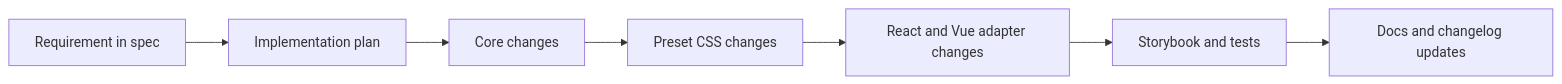
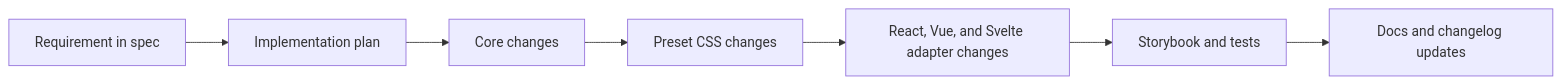
One commit to niklas-westman/marwes changed the diagram in docs/reference/spec.md. Above: the diagram before and after it, drawn with Mermaid. The commit also changed other lines of this file and 1243 other files, not shown here.

````diff
--- a/docs/reference/spec.md
+++ b/docs/reference/spec.md
@@ -8,9 +8,9 @@
 ```mermaid
 flowchart LR
   Requirement[Requirement in spec] --> Plan[Implementation plan]
   Plan --> Core[Core changes]
   Core --> Presets[Preset CSS changes]
-  Presets --> Adapters[React and Vue adapter changes]
+  Presets --> Adapters[React, Vue, and Svelte adapter changes]
   Adapters --> Stories[Storybook and tests]
   Stories --> Docs[Docs and changelog updates]
 ```
````
